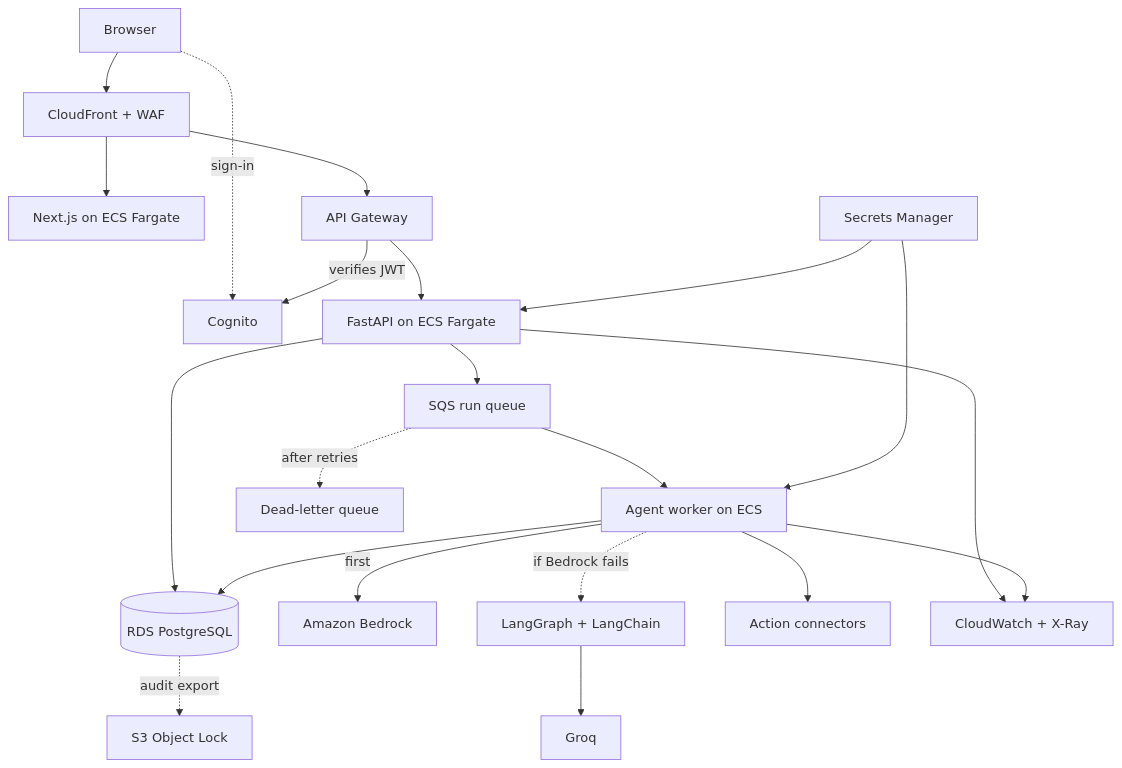
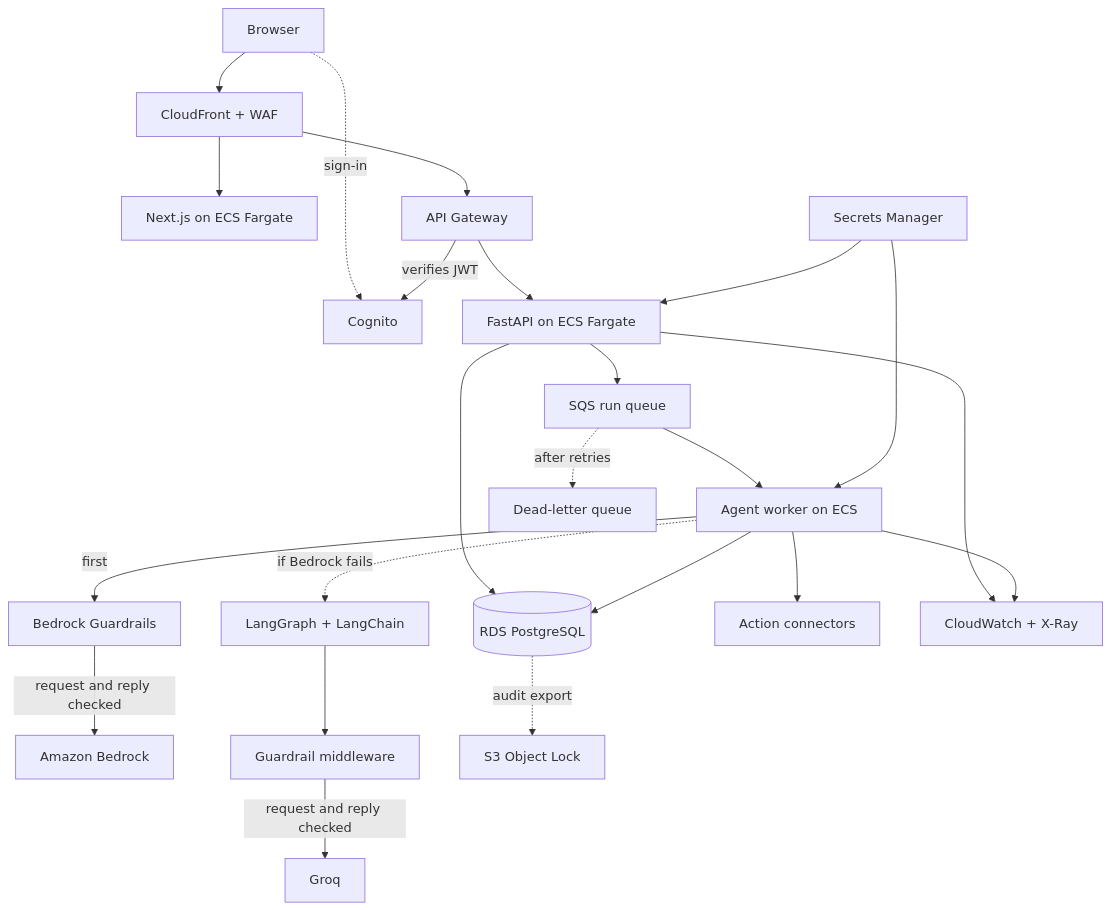
Before and after one commit to DeepakPython-AIML/ai-manager: the diagram in docs/architecture.mmd, drawn with Mermaid. The commit also changed 21 other files, not shown here.

First line of the commit message:
Add guardrails to both engine flows

```diff
--- a/docs/architecture.mmd
+++ b/docs/architecture.mmd
@@ -1,20 +1,23 @@
 flowchart TD
   U[Browser] --> CF[CloudFront + WAF]
   CF --> FE[Next.js on ECS Fargate]
   CF --> GW[API Gateway]
   U -. sign-in .-> COG[Cognito]
   GW -- verifies JWT --> COG
   GW --> API[FastAPI on ECS Fargate]
   API --> DB[(RDS PostgreSQL)]
   API --> Q[SQS run queue]
   Q --> W[Agent worker on ECS]
   Q -. after retries .-> DLQ[Dead-letter queue]
   W --> DB
-  W -- first --> BR[Amazon Bedrock]
-  W -. if Bedrock fails .-> LG[LangGraph + LangChain] --> GQ[Groq]
+  W -- first --> BG[Bedrock Guardrails]
+  BG -- request and reply checked --> BR[Amazon Bedrock]
+  W -. if Bedrock fails .-> LG[LangGraph + LangChain]
+  LG --> MW[Guardrail middleware]
+  MW -- request and reply checked --> GQ[Groq]
   W --> CON[Action connectors]
   API --> CW[CloudWatch + X-Ray]
   W --> CW
   DB -. audit export .-> S3[S3 Object Lock]
   SM[Secrets Manager] --> API
   SM --> W
```
